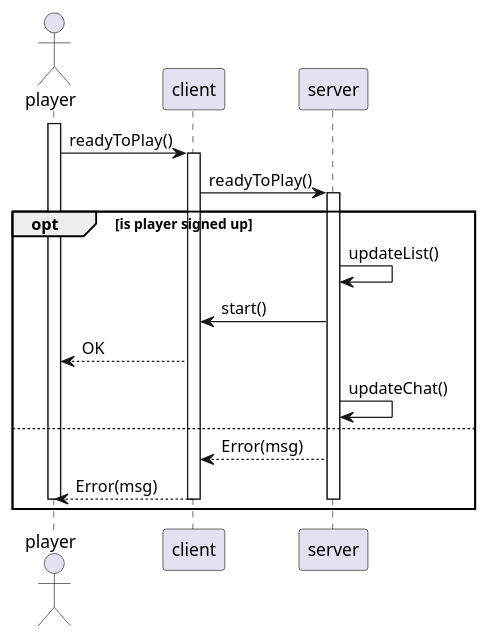
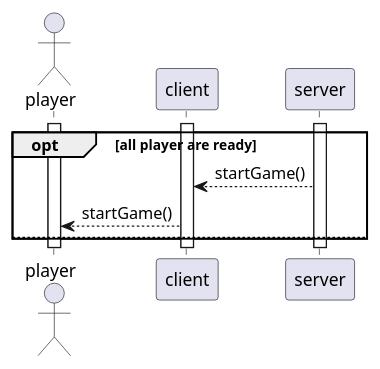
Before and after one commit to MatanDavidi/scribble-public: the diagram in analysis/scenarios/startGame/startGame.puml, drawn with PlantUML.

```diff
--- a/analysis/scenarios/startGame/startGame.puml
+++ b/analysis/scenarios/startGame/startGame.puml
@@ -1,25 +1,19 @@
 @startuml
 
 actor player
 
 activate player
-player->client:readyToPlay()
 activate client
+activate server
 
-client->server:readyToPlay()
-
-opt is player signed up
-  activate server
-  server->server:updateList()
-  server->client:start()
-  client-->player:OK
-  server->server:updateChat()
+opt all player are ready
+  server-->client:startGame()
+  client-->player:startGame()
 else
-  server-->client:Error(msg)
-  client-->player:Error(msg)
-  deactivate server
-  deactivate client
-  deactivate player
 end
 
+deactivate server
+deactivate client
+deactivate player
+
 @enduml
```
